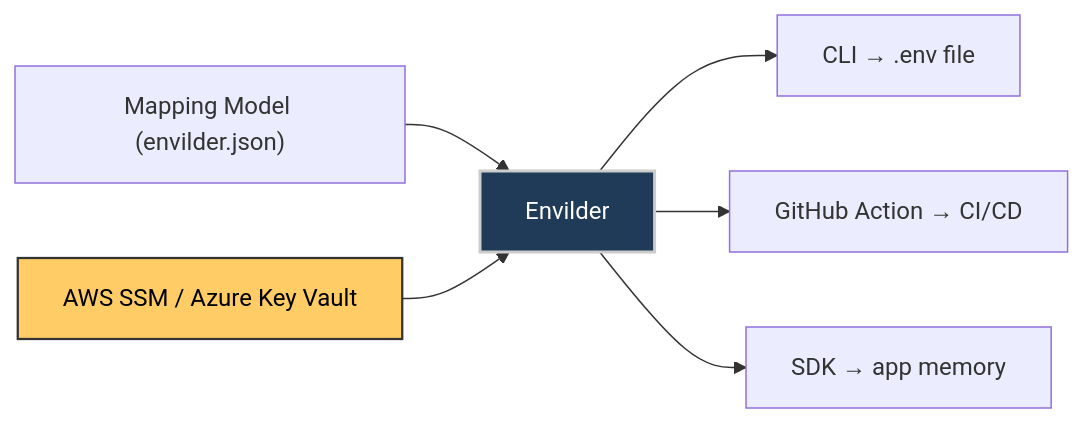
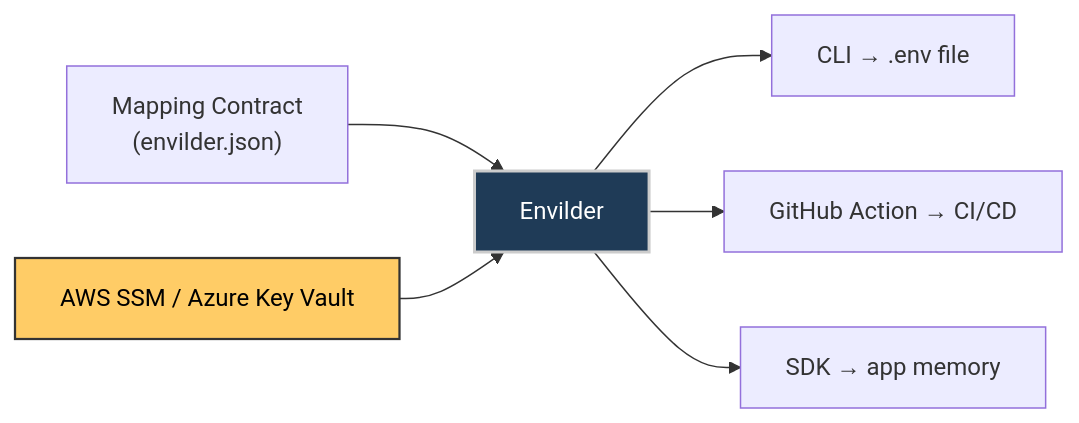
Before and after one commit to macalbert/envilder: the diagram in README.md, drawn with Mermaid. The commit also changed other lines of this file, not shown here.

Commit message:
docs: Revise README for clarity on secret mapping and usage

````diff
--- a/README.md
+++ b/README.md
@@ -352,11 +346,11 @@
 ```mermaid
 graph LR
-    A["Mapping Model (envilder.json)"] --> B[Envilder]:::core
+    A["Mapping Contract<br/>(envilder.json)"] --> B[Envilder]:::core
     B --> C["CLI → .env file"]
     B --> D["GitHub Action → CI/CD"]
     B --> E["SDK → app memory"]
     F["AWS SSM / Azure Key Vault"]:::cloud --> B
 
     classDef cloud fill:#ffcc66,color:#000000,stroke:#333,stroke-width:1.5px;
     classDef core fill:#1f3b57,color:#fff,stroke:#ccc,stroke-width:2px;
 ```
````
